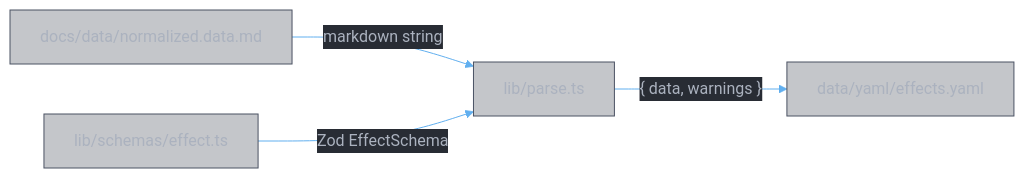
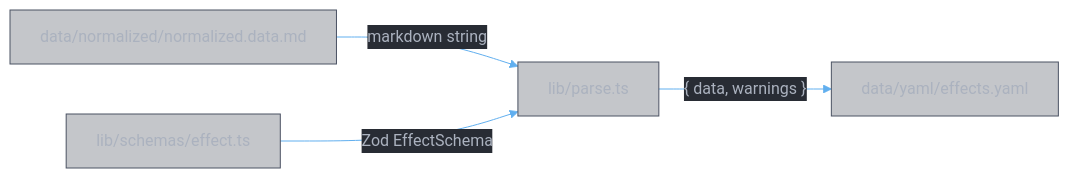
Before and after one commit to zhifengzhang-sz/divine-book: the first of 5 diagrams in docs/data/impl.parser.md, drawn with Mermaid. The commit also changed other lines of this file and 34 other files, not shown here.

````diff
--- a/docs/data/impl.parser.md
+++ b/docs/data/impl.parser.md
@@ -109,7 +109,7 @@
 ```mermaid
 %%{init: {'theme': 'base', 'themeVariables': {'primaryColor': '#3e44514D', 'primaryTextColor': '#abb2bf', 'primaryBorderColor': '#4b5263', 'lineColor': '#61afef', 'secondaryColor': '#2c313a4D', 'secondaryTextColor': '#abb2bf', 'secondaryBorderColor': '#4b5263', 'tertiaryColor': '#282c344D', 'mainBkg': '#3e44514D', 'nodeBorder': '#4b5263', 'clusterBkg': '#2c313a4D', 'clusterBorder': '#4b5263', 'titleColor': '#e5c07b', 'edgeLabelBackground': '#282c34', 'textColor': '#abb2bf', 'background': '#282c34'}}}%%
 flowchart LR
-    ND["docs/data/normalized.data.md"] -->|"markdown string"| P["lib/parse.ts"]
+    ND["data/normalized/normalized.data.md"] -->|"markdown string"| P["lib/parse.ts"]
     ES["lib/schemas/effect.ts"] -->|"Zod EffectSchema"| P
     P -->|"{ data, warnings }"| OUT["data/yaml/effects.yaml"]
 ```
````
